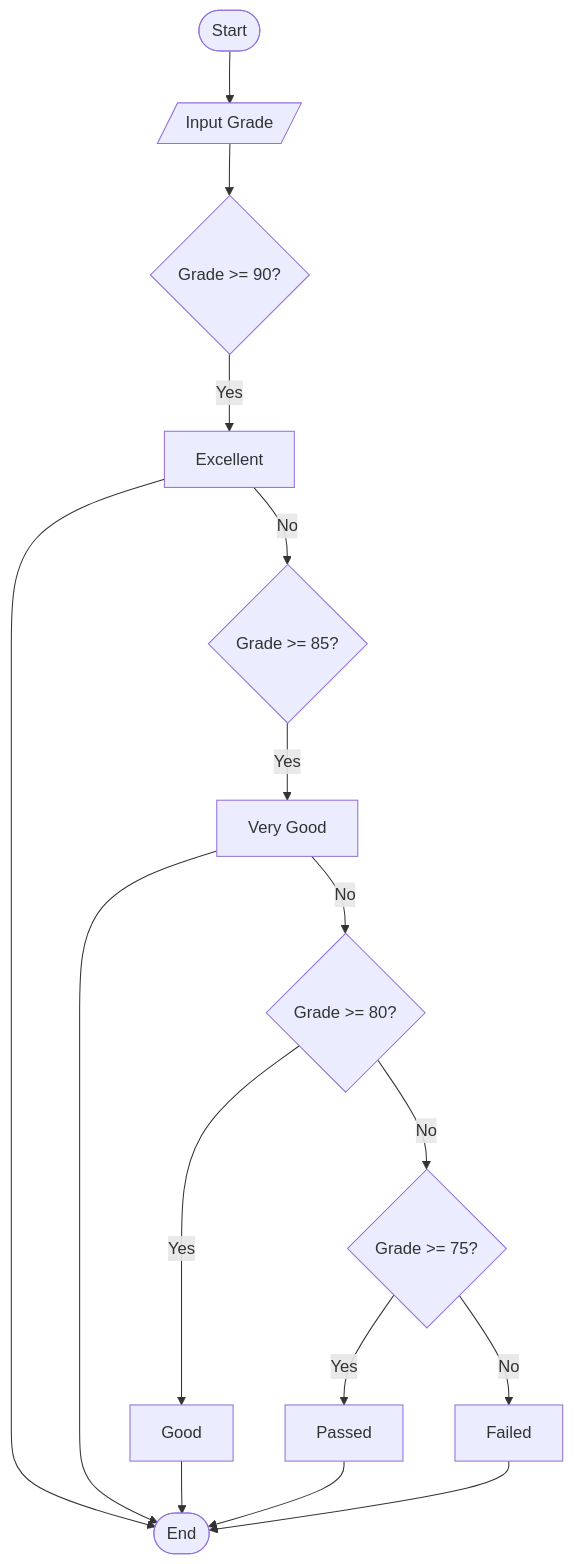
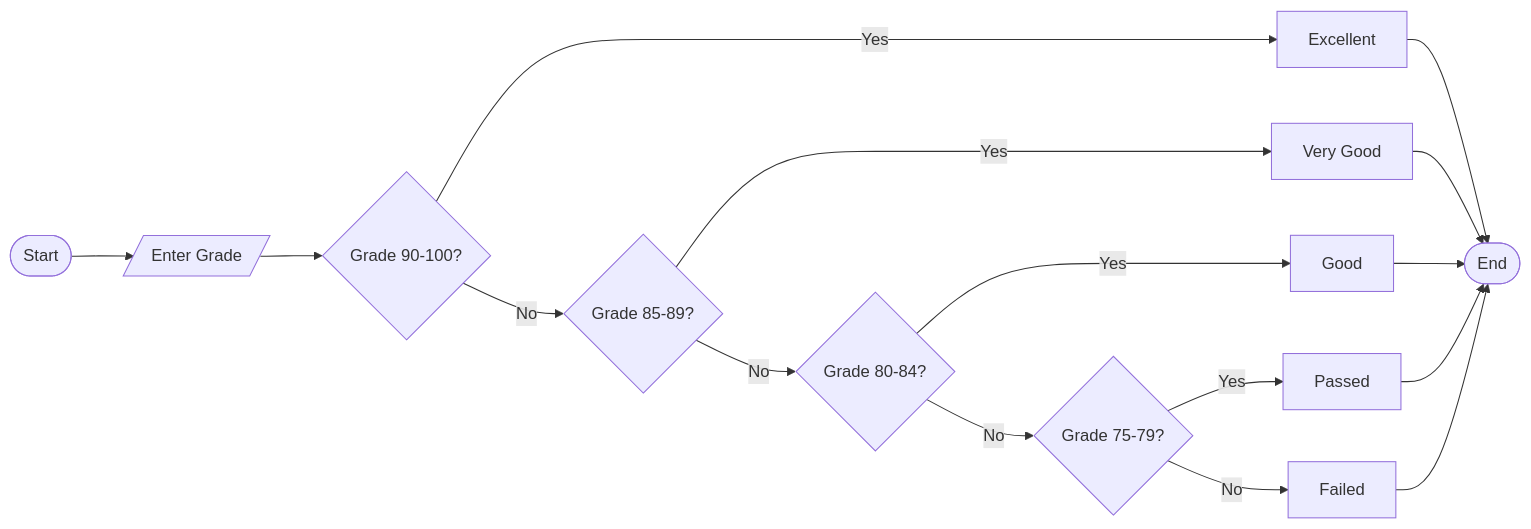
The diagram in problem1.MD (a4byv/TEST1), drawn with Mermaid before and after one commit.

````diff
--- a/problem1.MD
+++ b/problem1.MD
@@ -1,18 +1,18 @@
 ```mermaid
-flowchart TD
-    A([Start]) --> B[/Input Grade/]
-    B --> C{Grade >= 90?}
+flowchart LR
+    A([Start]) --> B[/Enter Grade/]
+    B --> C{Grade 90-100?}
     C -->|Yes| D[Excellent]
-    D -->|No| E{Grade >= 85?}
+    C -->|No| E{Grade 85-89?}
     E -->|Yes| F[Very Good]
-    F -->|No| G{Grade >= 80?}
+    E -->|No| G{Grade 80-84?}
     G -->|Yes| H[Good]
-    G -->|No| I{Grade >= 75?}
+    G -->|No| I{Grade 75-79?}
     I -->|Yes| J[Passed]
     I -->|No| K[Failed]
     D --> L([End])
     F --> L
     H --> L
     J --> L
     K --> L
 ```
````
